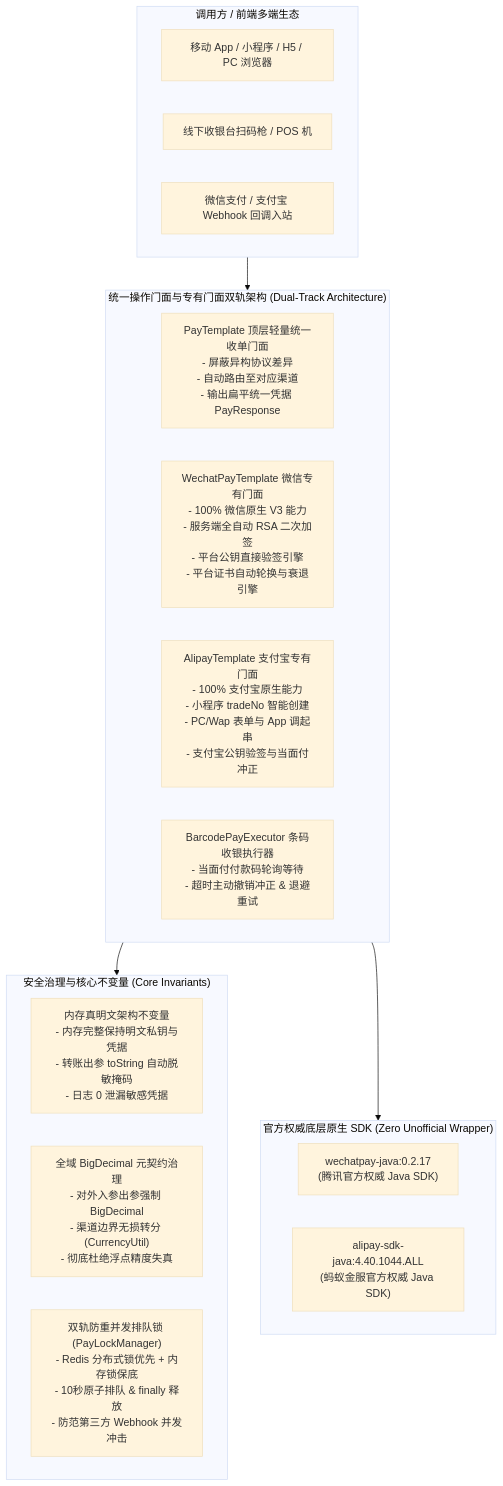
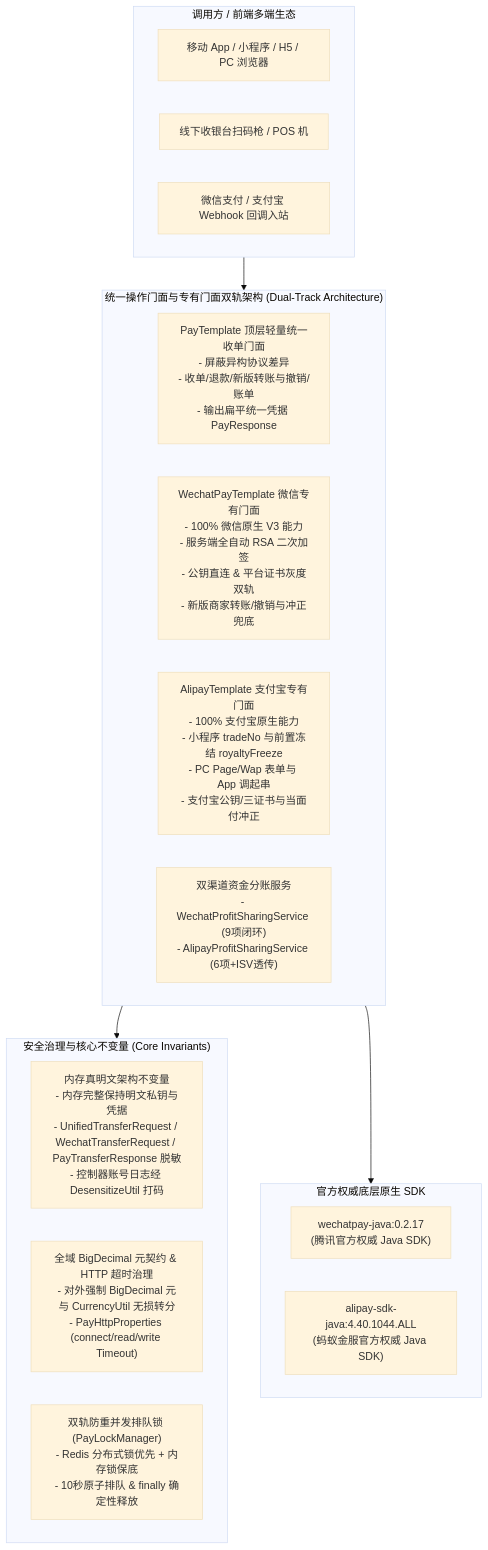
One commit to atengk/ateng-boot changed the first of 2 diagrams in ateng-boot-pay/README.md. Above: the diagram before and after it, drawn with Mermaid (base theme). The commit also changed other lines of this file and 6 other files, not shown here.

````diff
--- a/ateng-boot-pay/README.md
+++ b/ateng-boot-pay/README.md
@@ -144,30 +155,30 @@
 ```mermaid
 flowchart TD
     subgraph Client["调用方 / 前端多端生态"]
         AppClient["移动 App / 小程序 / H5 / PC 浏览器"]
         CashierPos["线下收银台扫码枪 / POS 机"]
         ThirdPartyWebhook["微信支付 / 支付宝 Webhook 回调入站"]
     end
 
     subgraph FacadeLayer["统一操作门面与专有门面双轨架构 (Dual-Track Architecture)"]
-        PayTemplate["PayTemplate 顶层轻量统一收单门面\n- 屏蔽异构协议差异\n- 自动路由至对应渠道\n- 输出扁平统一凭据 PayResponse"]
-        WechatPayTemplate["WechatPayTemplate 微信专有门面\n- 100% 微信原生 V3 能力\n- 服务端全自动 RSA 二次加签\n- 平台公钥直接验签引擎\n- 平台证书自动轮换与衰退引擎"]
-        AlipayTemplate["AlipayTemplate 支付宝专有门面\n- 100% 支付宝原生能力\n- 小程序 tradeNo 智能创建\n- PC/Wap 表单与 App 调起串\n- 支付宝公钥验签与当面付冲正"]
-        BarcodeExecutor["BarcodePayExecutor 条码收银执行器\n- 当面付付款码轮询等待\n- 超时主动撤销冲正 & 退避重试"]
+        PayTemplate["PayTemplate 顶层轻量统一收单门面\n- 屏蔽异构协议差异\n- 收单/退款/新版转账与撤销/账单\n- 输出扁平统一凭据 PayResponse"]
+        WechatPayTemplate["WechatPayTemplate 微信专有门面\n- 100% 微信原生 V3 能力\n- 服务端全自动 RSA 二次加签\n- 公钥直连 & 平台证书灰度双轨\n- 新版商家转账/撤销与冲正兜底"]
+        AlipayTemplate["AlipayTemplate 支付宝专有门面\n- 100% 支付宝原生能力\n- 小程序 tradeNo 与前置冻结 royaltyFreeze\n- PC Page/Wap 表单与 App 调起串\n- 支付宝公钥/三证书与当面付冲正"]
+        ProfitSharingServices["双渠道资金分账服务\n- WechatProfitSharingService (9项闭环)\n- AlipayProfitSharingService (6项+ISV透传)"]
     end
 
     subgraph SecurityCore["安全治理与核心不变量 (Core Invariants)"]
-        PlaintextInvariant["内存真明文架构不变量\n- 内存完整保持明文私钥与凭据\n- 转账出参 toString 自动脱敏掩码\n- 日志 0 泄漏敏感凭据"]
-        CurrencyGov["全域 BigDecimal 元契约治理\n- 对外入参出参强制 BigDecimal\n- 渠道边界无损转分 (CurrencyUtil)\n- 彻底杜绝浮点精度失真"]
-        DualLock["双轨防重并发排队锁 (PayLockManager)\n- Redis 分布式锁优先 + 内存锁保底\n- 10秒原子排队 & finally 释放\n- 防范第三方 Webhook 并发冲击"]
+        PlaintextInvariant["内存真明文架构不变量\n- 内存完整保持明文私钥与凭据\n- UnifiedTransferRequest / WechatTransferRequest / PayTransferResponse 脱敏\n- 控制器账号日志经 DesensitizeUtil 打码"]
+        CurrencyGov["全域 BigDecimal 元契约 & HTTP 超时治理\n- 对外强制 BigDecimal 元与 CurrencyUtil 无损转分\n- PayHttpProperties (connect/read/write Timeout)"]
+        DualLock["双轨防重并发排队锁 (PayLockManager)\n- Redis 分布式锁优先 + 内存锁保底\n- 10秒原子排队 & finally 确定性释放"]
     end
 
-    subgraph OfficialSdk["官方权威底层原生 SDK (Zero Unofficial Wrapper)"]
+    subgraph OfficialSdk["官方权威底层原生 SDK"]
         WechatJavaSdk["wechatpay-java:0.2.17\n(腾讯官方权威 Java SDK)"]
         AlipayJavaSdk["alipay-sdk-java:4.40.1044.ALL\n(蚂蚁金服官方权威 Java SDK)"]
     end
 
     Client --> FacadeLayer
     FacadeLayer --> SecurityCore
     FacadeLayer --> OfficialSdk
 ```
````
